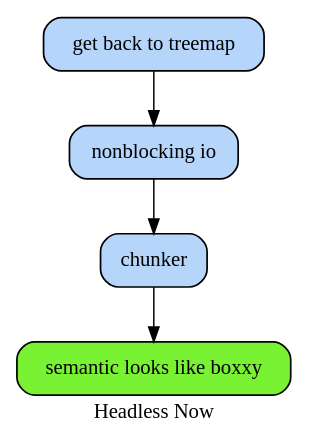
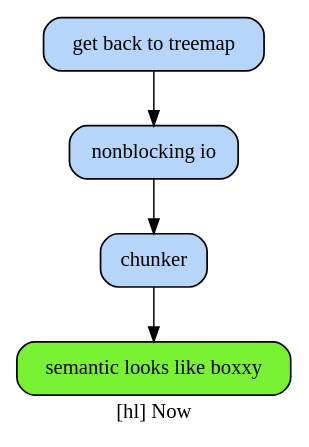
The diagram in lib/skylab/headless/doc/now.dot (hipe/tmx), drawn with Graphviz before and after one commit. The commit also changed 107 other files, not shown here.

```diff
--- a/lib/skylab/headless/doc/now.dot
+++ b/lib/skylab/headless/doc/now.dot
@@ -1,30 +1,30 @@
 # created by tan-man on 2013-01-27 02:54:50 UTC
 
 digraph {
 
 /*
   example stmt_list:
     foo -> bar
     biff -> baz
 
   example node_stmt:
     learn_c [label="learn C somehow"]
 */
 
-label="Headless Now"
+label="[hl] Now"
 
 #                 blue : fillcolor="#b5d5fb"
 #                 done : finished
 #             finished : green
 #                green : fillcolor="#79f233"
 
 node [label="\N", style="filled", fillcolor="#b5d5fb", fontname="Futura", penwidth="1.1566", shape="Mrecord"]
 
 chunker [label=chunker]
 get [label="get back to treemap"]
 nonblocking [label="nonblocking io"]
 semantic [fillcolor="#79f233", label="semantic looks like boxxy"]
 chunker -> semantic
 get -> nonblocking
 nonblocking -> chunker
 }
```
